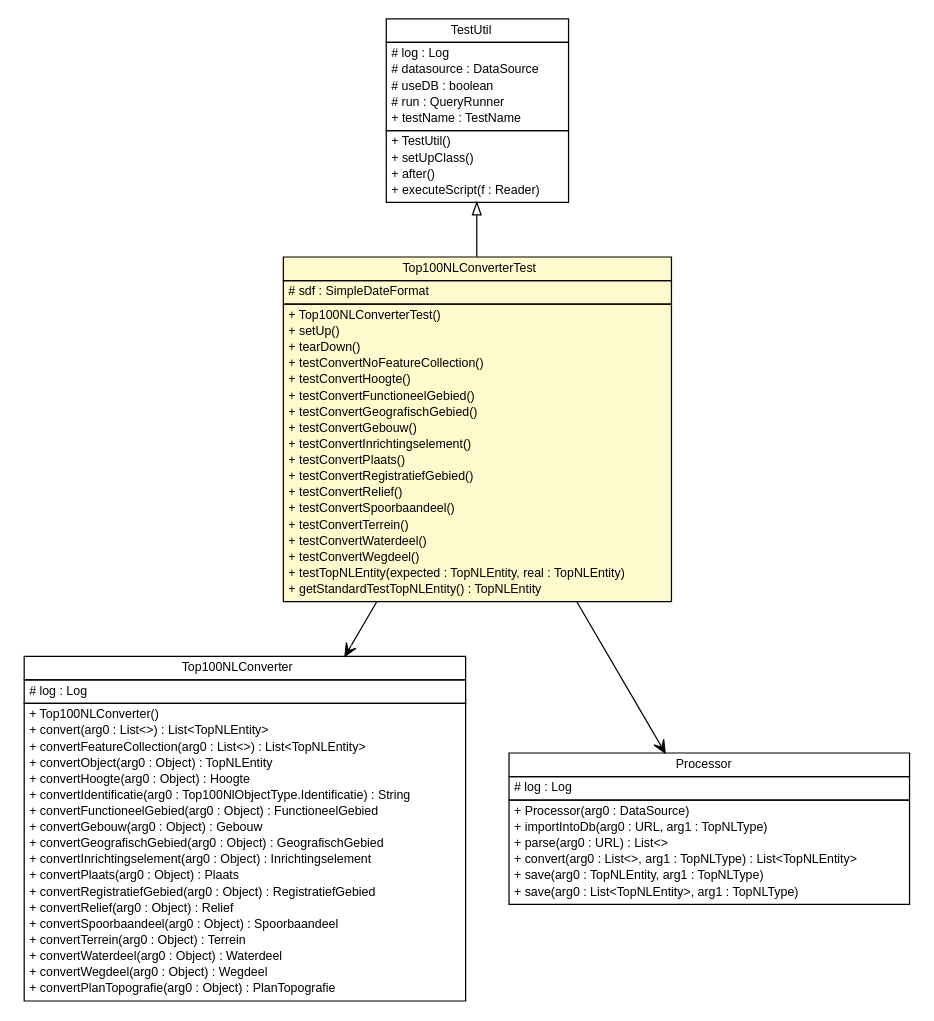
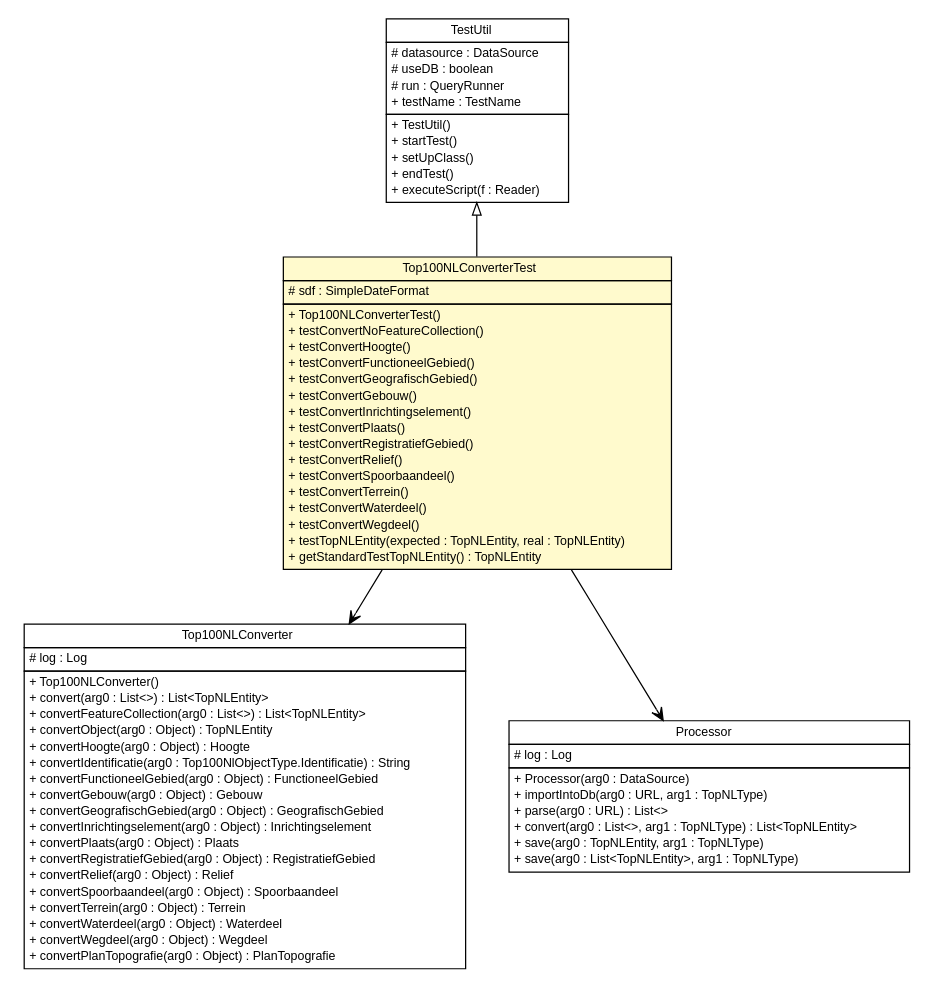
The diagram in topnlparser/testapidocs/nl/b3p/topnl/converters/Top100NLConverterTest.dot (B3Partners/brmo), drawn with Graphviz before and after one commit. The commit also changed 751 other files, not shown here.

```diff
--- a/topnlparser/testapidocs/nl/b3p/topnl/converters/Top100NLConverterTest.dot
+++ b/topnlparser/testapidocs/nl/b3p/topnl/converters/Top100NLConverterTest.dot
@@ -1,112 +1,110 @@
 #!/usr/local/bin/dot
 #
 # Class diagram 
 # Generated by UMLGraph version R5_6-24-gf6e263 (http://www.umlgraph.org/)
 #
 
 digraph G {
 	edge [fontname="Helvetica",fontsize=10,labelfontname="Helvetica",labelfontsize=10];
 	node [fontname="Helvetica",fontsize=10,shape=plaintext];
 	nodesep=0.25;
 	ranksep=0.5;
 	// nl.b3p.topnl.TestUtil
 	c115 [label=<<table title="nl.b3p.topnl.TestUtil" border="0" cellborder="1" cellspacing="0" cellpadding="2" port="p" href="../TestUtil.html">
 		<tr><td><table border="0" cellspacing="0" cellpadding="1">
 <tr><td align="center" balign="center"> TestUtil </td></tr>
 		</table></td></tr>
 		<tr><td><table border="0" cellspacing="0" cellpadding="1">
-<tr><td align="left" balign="left"> # log : Log </td></tr>
 <tr><td align="left" balign="left"> # datasource : DataSource </td></tr>
 <tr><td align="left" balign="left"> # useDB : boolean </td></tr>
 <tr><td align="left" balign="left"> # run : QueryRunner </td></tr>
 <tr><td align="left" balign="left"> + testName : TestName </td></tr>
 		</table></td></tr>
 		<tr><td><table border="0" cellspacing="0" cellpadding="1">
 <tr><td align="left" balign="left"> + TestUtil() </td></tr>
+<tr><td align="left" balign="left"> + startTest() </td></tr>
 <tr><td align="left" balign="left"> + setUpClass() </td></tr>
-<tr><td align="left" balign="left"> + after() </td></tr>
+<tr><td align="left" balign="left"> + endTest() </td></tr>
 <tr><td align="left" balign="left"> + executeScript(f : Reader) </td></tr>
 		</table></td></tr>
 		</table>>, URL="../TestUtil.html", fontname="Helvetica", fontcolor="black", fontsize=10.0];
 	// nl.b3p.topnl.converters.Top100NLConverterTest
 	c123 [label=<<table title="nl.b3p.topnl.converters.Top100NLConverterTest" border="0" cellborder="1" cellspacing="0" cellpadding="2" port="p" bgcolor="lemonChiffon" href="./Top100NLConverterTest.html">
 		<tr><td><table border="0" cellspacing="0" cellpadding="1">
 <tr><td align="center" balign="center"> Top100NLConverterTest </td></tr>
 		</table></td></tr>
 		<tr><td><table border="0" cellspacing="0" cellpadding="1">
 <tr><td align="left" balign="left"> # sdf : SimpleDateFormat </td></tr>
 		</table></td></tr>
 		<tr><td><table border="0" cellspacing="0" cellpadding="1">
 <tr><td align="left" balign="left"> + Top100NLConverterTest() </td></tr>
-<tr><td align="left" balign="left"> + setUp() </td></tr>
-<tr><td align="left" balign="left"> + tearDown() </td></tr>
 <tr><td align="left" balign="left"> + testConvertNoFeatureCollection() </td></tr>
 <tr><td align="left" balign="left"> + testConvertHoogte() </td></tr>
 <tr><td align="left" balign="left"> + testConvertFunctioneelGebied() </td></tr>
 <tr><td align="left" balign="left"> + testConvertGeografischGebied() </td></tr>
 <tr><td align="left" balign="left"> + testConvertGebouw() </td></tr>
 <tr><td align="left" balign="left"> + testConvertInrichtingselement() </td></tr>
 <tr><td align="left" balign="left"> + testConvertPlaats() </td></tr>
 <tr><td align="left" balign="left"> + testConvertRegistratiefGebied() </td></tr>
 <tr><td align="left" balign="left"> + testConvertRelief() </td></tr>
 <tr><td align="left" balign="left"> + testConvertSpoorbaandeel() </td></tr>
 <tr><td align="left" balign="left"> + testConvertTerrein() </td></tr>
 <tr><td align="left" balign="left"> + testConvertWaterdeel() </td></tr>
 <tr><td align="left" balign="left"> + testConvertWegdeel() </td></tr>
 <tr><td align="left" balign="left"> + testTopNLEntity(expected : TopNLEntity, real : TopNLEntity) </td></tr>
 <tr><td align="left" balign="left"> + getStandardTestTopNLEntity() : TopNLEntity </td></tr>
 		</table></td></tr>
 		</table>>, URL="./Top100NLConverterTest.html", fontname="Helvetica", fontcolor="black", fontsize=10.0];
 	//nl.b3p.topnl.converters.Top100NLConverterTest extends nl.b3p.topnl.TestUtil
 	c115:p -> c123:p [dir=back,arrowtail=empty];
 	// nl.b3p.topnl.converters.Top100NLConverterTest NAVASSOC nl.b3p.topnl.converters.Top100NLConverter
 	c123:p -> c124:p [taillabel="", label="", headlabel="", fontname="Helvetica", fontcolor="black", fontsize=10.0, color="black", arrowhead=open];
 	// nl.b3p.topnl.converters.Top100NLConverterTest NAVASSOC nl.b3p.topnl.Processor
 	c123:p -> c125:p [taillabel="", label="", headlabel="", fontname="Helvetica", fontcolor="black", fontsize=10.0, color="black", arrowhead=open];
 	// nl.b3p.topnl.converters.Top100NLConverter
 	c124 [label=<<table title="nl.b3p.topnl.converters.Top100NLConverter" border="0" cellborder="1" cellspacing="0" cellpadding="2" port="p">
 		<tr><td><table border="0" cellspacing="0" cellpadding="1">
 <tr><td align="center" balign="center"> Top100NLConverter </td></tr>
 		</table></td></tr>
 		<tr><td><table border="0" cellspacing="0" cellpadding="1">
 <tr><td align="left" balign="left"> # log : Log </td></tr>
 		</table></td></tr>
 		<tr><td><table border="0" cellspacing="0" cellpadding="1">
 <tr><td align="left" balign="left"> + Top100NLConverter() </td></tr>
 <tr><td align="left" balign="left"> + convert(arg0 : List&lt;&gt;) : List&lt;TopNLEntity&gt; </td></tr>
 <tr><td align="left" balign="left"> + convertFeatureCollection(arg0 : List&lt;&gt;) : List&lt;TopNLEntity&gt; </td></tr>
 <tr><td align="left" balign="left"> + convertObject(arg0 : Object) : TopNLEntity </td></tr>
 <tr><td align="left" balign="left"> + convertHoogte(arg0 : Object) : Hoogte </td></tr>
 <tr><td align="left" balign="left"> + convertIdentificatie(arg0 : Top100NlObjectType.Identificatie) : String </td></tr>
 <tr><td align="left" balign="left"> + convertFunctioneelGebied(arg0 : Object) : FunctioneelGebied </td></tr>
 <tr><td align="left" balign="left"> + convertGebouw(arg0 : Object) : Gebouw </td></tr>
 <tr><td align="left" balign="left"> + convertGeografischGebied(arg0 : Object) : GeografischGebied </td></tr>
 <tr><td align="left" balign="left"> + convertInrichtingselement(arg0 : Object) : Inrichtingselement </td></tr>
 <tr><td align="left" balign="left"> + convertPlaats(arg0 : Object) : Plaats </td></tr>
 <tr><td align="left" balign="left"> + convertRegistratiefGebied(arg0 : Object) : RegistratiefGebied </td></tr>
 <tr><td align="left" balign="left"> + convertRelief(arg0 : Object) : Relief </td></tr>
 <tr><td align="left" balign="left"> + convertSpoorbaandeel(arg0 : Object) : Spoorbaandeel </td></tr>
 <tr><td align="left" balign="left"> + convertTerrein(arg0 : Object) : Terrein </td></tr>
 <tr><td align="left" balign="left"> + convertWaterdeel(arg0 : Object) : Waterdeel </td></tr>
 <tr><td align="left" balign="left"> + convertWegdeel(arg0 : Object) : Wegdeel </td></tr>
 <tr><td align="left" balign="left"> + convertPlanTopografie(arg0 : Object) : PlanTopografie </td></tr>
 		</table></td></tr>
 		</table>>, URL="null", fontname="Helvetica", fontcolor="black", fontsize=10.0];
 	// nl.b3p.topnl.Processor
 	c125 [label=<<table title="nl.b3p.topnl.Processor" border="0" cellborder="1" cellspacing="0" cellpadding="2" port="p">
 		<tr><td><table border="0" cellspacing="0" cellpadding="1">
 <tr><td align="center" balign="center"> Processor </td></tr>
 		</table></td></tr>
 		<tr><td><table border="0" cellspacing="0" cellpadding="1">
 <tr><td align="left" balign="left"> # log : Log </td></tr>
 		</table></td></tr>
 		<tr><td><table border="0" cellspacing="0" cellpadding="1">
 <tr><td align="left" balign="left"> + Processor(arg0 : DataSource) </td></tr>
 <tr><td align="left" balign="left"> + importIntoDb(arg0 : URL, arg1 : TopNLType) </td></tr>
 <tr><td align="left" balign="left"> + parse(arg0 : URL) : List&lt;&gt; </td></tr>
 <tr><td align="left" balign="left"> + convert(arg0 : List&lt;&gt;, arg1 : TopNLType) : List&lt;TopNLEntity&gt; </td></tr>
 <tr><td align="left" balign="left"> + save(arg0 : TopNLEntity, arg1 : TopNLType) </td></tr>
 <tr><td align="left" balign="left"> + save(arg0 : List&lt;TopNLEntity&gt;, arg1 : TopNLType) </td></tr>
 		</table></td></tr>
 		</table>>, URL="null", fontname="Helvetica", fontcolor="black", fontsize=10.0];
 }
```
